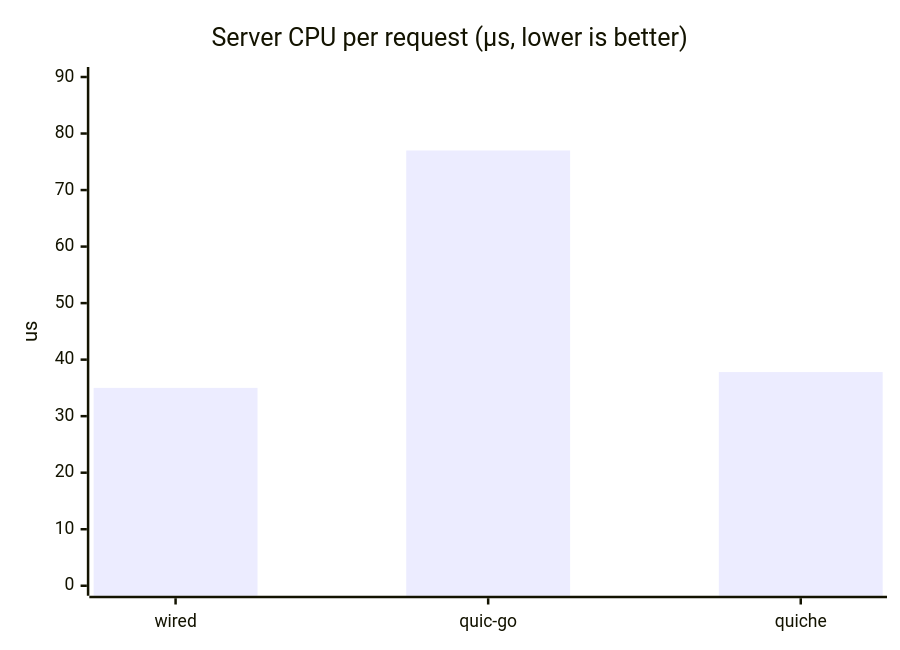
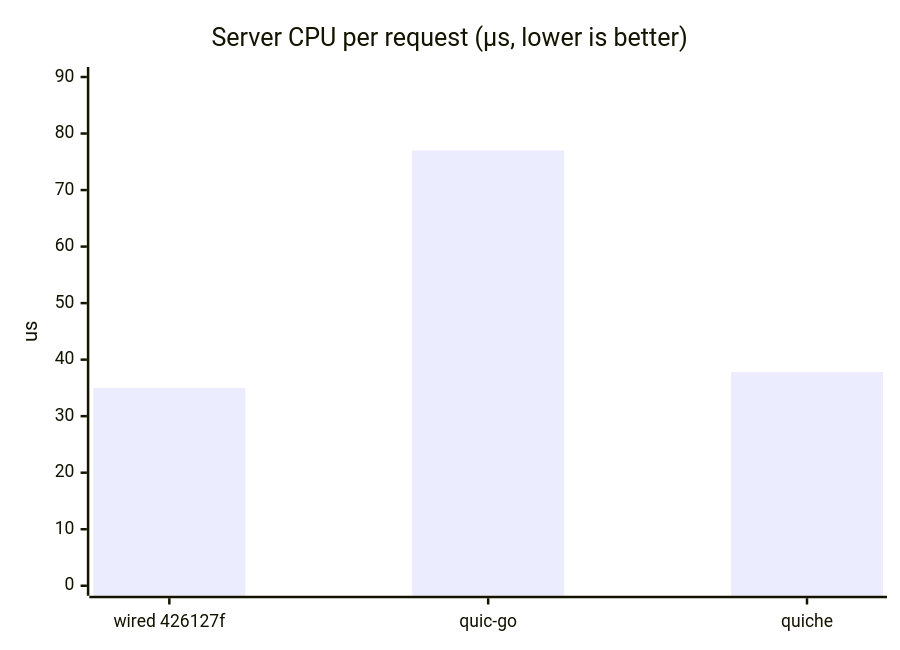
One commit to Hakkadaikon/wired changed the sixth of 6 diagrams in docs/performance/comparison.md. Above: the diagram before and after it, drawn with Mermaid. The commit also changed other lines of this file and 1 other file, not shown here.

````diff
--- a/docs/performance/comparison.md
+++ b/docs/performance/comparison.md
@@ -409,7 +410,7 @@
 ```mermaid
 xychart-beta
     title "Server CPU per request (µs, lower is better)"
-    x-axis ["wired", "quic-go", "quiche"]
+    x-axis ["wired 426127f", "quic-go", "quiche"]
     y-axis "us" 0 --> 90
     bar [35.0, 77.0, 37.8]
 ```
````
